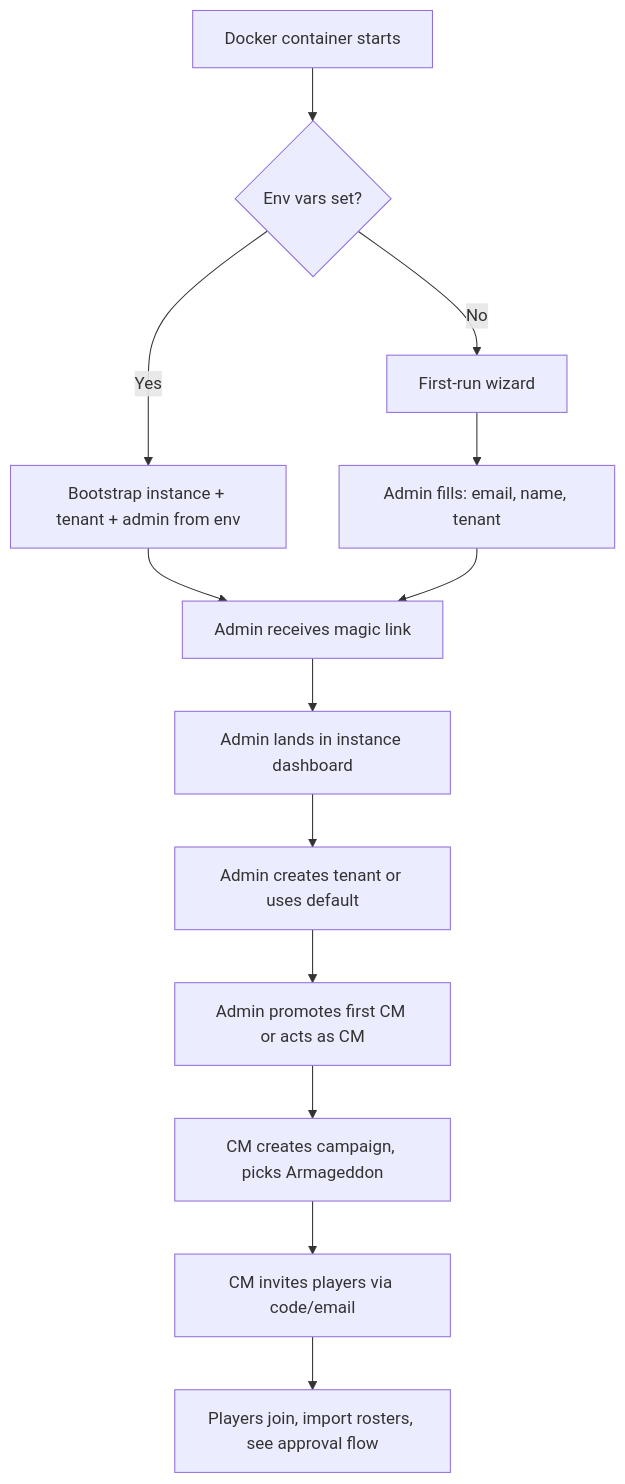
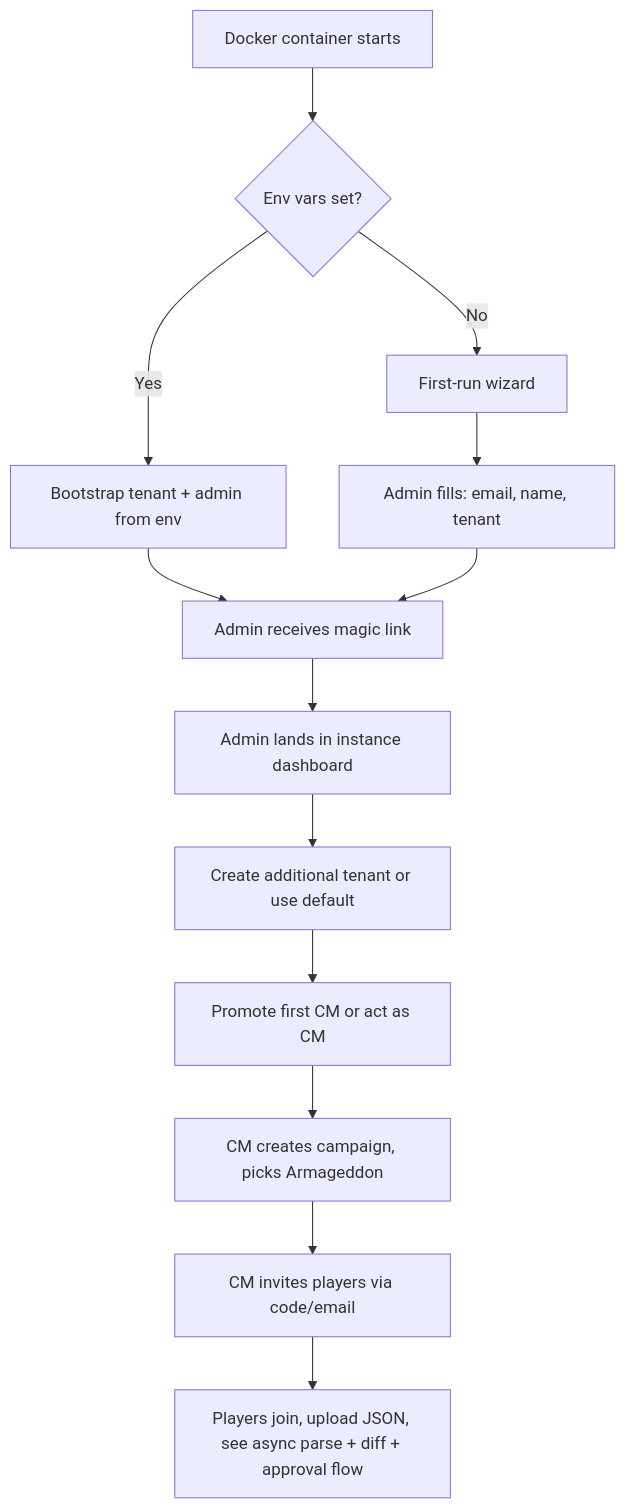
The diagram in prd-1-crusade-master-admin.md (kaykayyali/crusade-master-prds), drawn with Mermaid before and after one commit. The commit also changed other lines of this file and 12 other files, not shown here.

````diff
--- a/prd-1-crusade-master-admin.md
+++ b/prd-1-crusade-master-admin.md
@@ -157,15 +154,15 @@
 ```mermaid
 flowchart TD
     A[Docker container starts] --> B{Env vars set?}
-    B -->|Yes| C[Bootstrap instance + tenant + admin from env]
+    B -->|Yes| C[Bootstrap tenant + admin from env]
     B -->|No| D[First-run wizard]
     D --> E[Admin fills: email, name, tenant]
     C --> F[Admin receives magic link]
     E --> F
     F --> G[Admin lands in instance dashboard]
-    G --> H[Admin creates tenant or uses default]
-    H --> I[Admin promotes first CM or acts as CM]
+    G --> H[Create additional tenant or use default]
+    H --> I[Promote first CM or act as CM]
     I --> J[CM creates campaign, picks Armageddon]
     J --> K[CM invites players via code/email]
-    K --> L[Players join, import rosters, see approval flow]
+    K --> L[Players join, upload JSON, see async parse + diff + approval flow]
 ```
````
